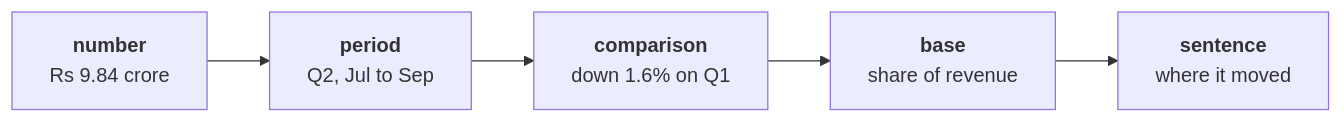
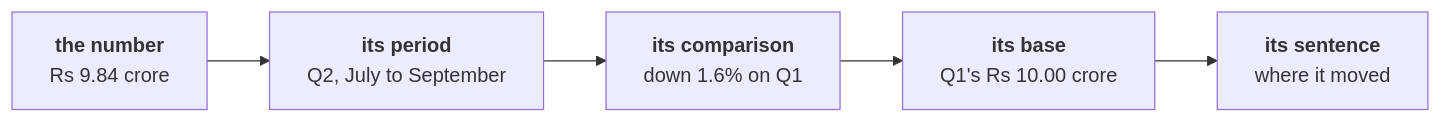
One commit to fde-academy-lab/c2-content-factory changed the fifth of 9 diagrams in content/W02/D5/whiteboards/C2_W02_D05_board_STUDENT.md. Above: the diagram before and after it, drawn with Mermaid. The commit also changed other lines of this file and 4 other files, not shown here.

````diff
--- a/content/W02/D5/whiteboards/C2_W02_D05_board_STUDENT.md
+++ b/content/W02/D5/whiteboards/C2_W02_D05_board_STUDENT.md
@@ -78,4 +88,7 @@
 ```mermaid
 flowchart LR
-    N["<b>number</b><br/>Rs 9.84 crore"] --> P["<b>period</b><br/>Q2, Jul to Sep"] --> C["<b>comparison</b><br/>down 1.6% on Q1"] --> B["<b>base</b><br/>share of revenue"] --> S["<b>sentence</b><br/>where it moved"]
+    N["<b>the number</b><br/>Rs 9.84 crore"] --> P["<b>its period</b><br/>Q2, July to September"]
+    P --> C["<b>its comparison</b><br/>down 1.6% on Q1"]
+    C --> B["<b>its base</b><br/>Q1's Rs 10.00 crore"]
+    B --> S["<b>its sentence</b><br/>where it moved"]
 ```
````
